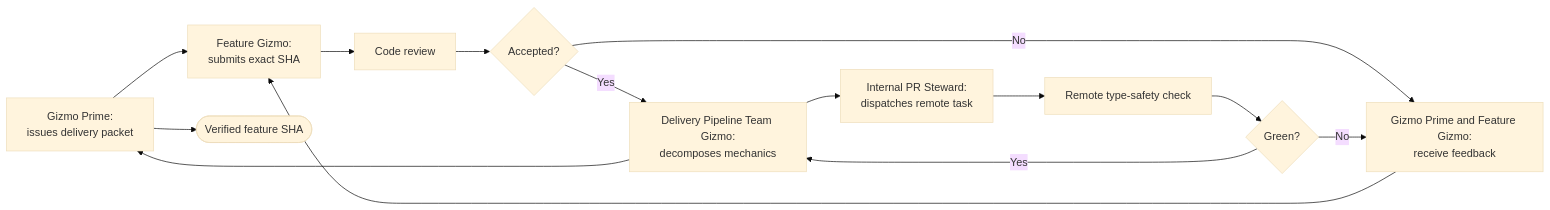
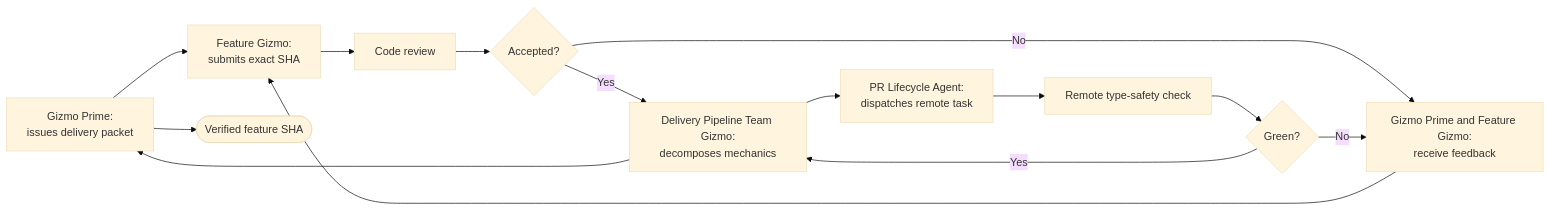
The fifth of 12 diagrams in .cortex/gizmo-prime/architecture/multiagent-delivery-diagrams.md (meta-secret/nook), drawn with Mermaid (base theme) before and after one commit. The commit also changed other lines of this file and 45 other files, not shown here.

````diff
--- a/.cortex/gizmo-prime/architecture/multiagent-delivery-diagrams.md
+++ b/.cortex/gizmo-prime/architecture/multiagent-delivery-diagrams.md
@@ -181,19 +205,19 @@
 ```mermaid
 flowchart LR
     Prime["Gizmo Prime:<br/>issues delivery packet"]
     Gizmo["Feature Gizmo:<br/>submits exact SHA"]
     Review["Code review"]
     Accepted{"Accepted?"}
     TypeSafety["Remote type-safety check"]
     Green{"Green?"}
     Pipeline["Delivery Pipeline Team Gizmo:<br/>decomposes mechanics"]
-    Steward["Internal PR Steward:<br/>dispatches remote task"]
+    Steward["PR Lifecycle Agent:<br/>dispatches remote task"]
     Feedback["Gizmo Prime and Feature Gizmo:<br/>receive feedback"]
     Ready([Verified feature SHA])
 
     Prime --> Gizmo --> Review --> Accepted
     Accepted -- No --> Feedback --> Gizmo
     Accepted -- Yes --> Pipeline --> Steward --> TypeSafety --> Green
     Green -- No --> Feedback
     Green -- Yes --> Pipeline --> Prime --> Ready
 ```
````
